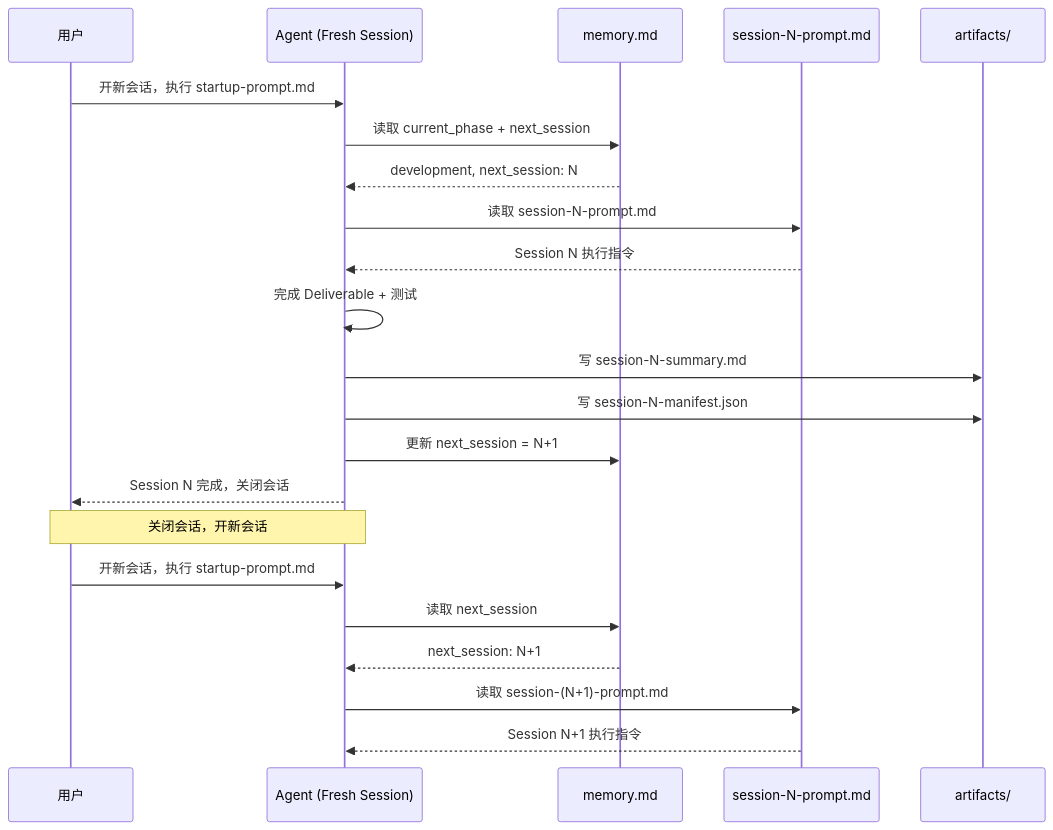
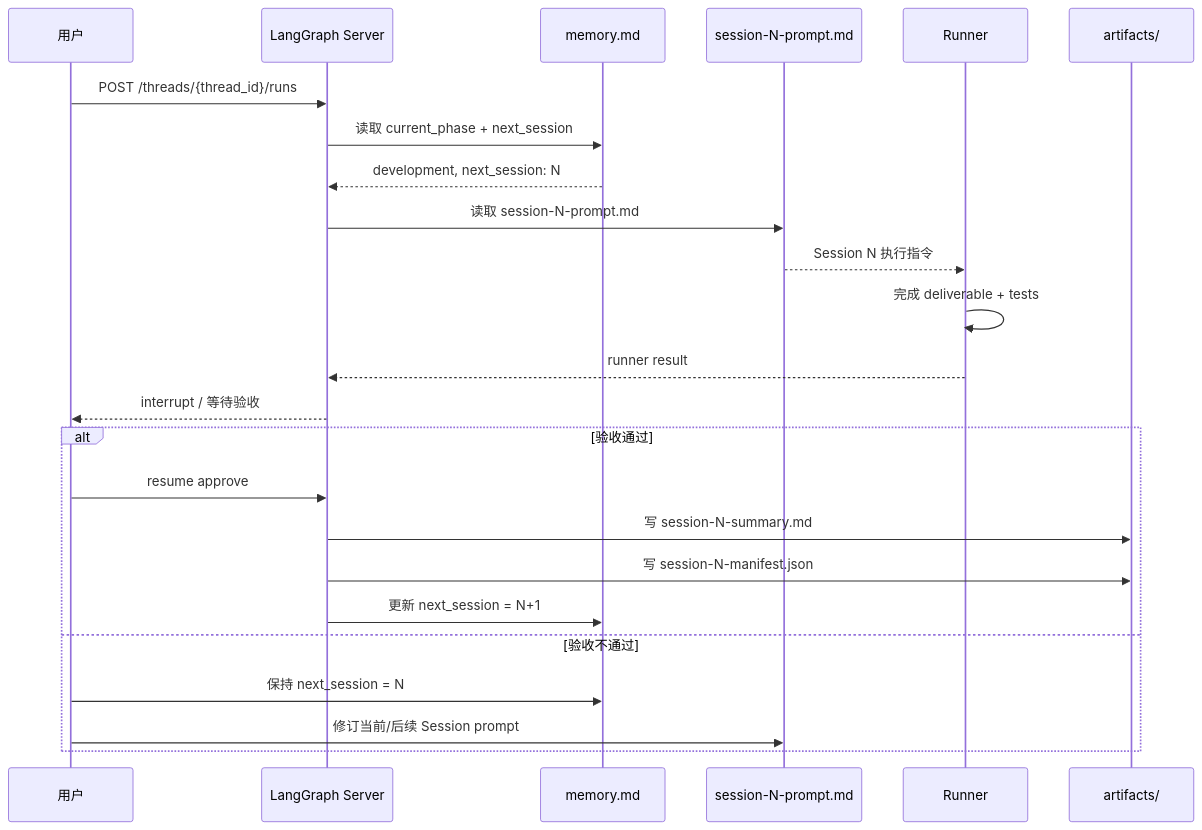
The third of 3 diagrams in docs/two-phase-architecture.md (qi9zg202-source/vibecodingworkflow), drawn with Mermaid before and after one commit. The commit also changed other lines of this file and 209 other files, not shown here.

````diff
--- a/docs/two-phase-architecture.md
+++ b/docs/two-phase-architecture.md
@@ -146,27 +114,28 @@
 ```mermaid
 sequenceDiagram
     participant U as 用户
-    participant A as Agent (Fresh Session)
+    participant L as LangGraph Server
     participant M as memory.md
     participant P as session-N-prompt.md
-    participant S as artifacts/
+    participant R as Runner
+    participant A as artifacts/
 
-    U->>A: 开新会话，执行 startup-prompt.md
-    A->>M: 读取 current_phase + next_session
-    M-->>A: development, next_session: N
-    A->>P: 读取 session-N-prompt.md
-    P-->>A: Session N 执行指令
-    A->>A: 完成 Deliverable + 测试
-    A->>S: 写 session-N-summary.md
-    A->>S: 写 session-N-manifest.json
-    A->>M: 更新 next_session = N+1
-    A-->>U: Session N 完成，关闭会话
+    U->>L: POST /threads/{thread_id}/runs
+    L->>M: 读取 current_phase + next_session
+    M-->>L: development, next_session: N
+    L->>P: 读取 session-N-prompt.md
+    P-->>R: Session N 执行指令
+    R->>R: 完成 deliverable + tests
+    R-->>L: runner result
+    L-->>U: interrupt / 等待验收
 
-    Note over U,A: 关闭会话，开新会话
-
-    U->>A: 开新会话，执行 startup-prompt.md
-    A->>M: 读取 next_session
-    M-->>A: next_session: N+1
-    A->>P: 读取 session-(N+1)-prompt.md
-    P-->>A: Session N+1 执行指令
+    alt 验收通过
+        U->>L: resume approve
+        L->>A: 写 session-N-summary.md
+        L->>A: 写 session-N-manifest.json
+        L->>M: 更新 next_session = N+1
+    else 验收不通过
+        U->>M: 保持 next_session = N
+        U->>P: 修订当前/后续 Session prompt
+    end
 ```
````
